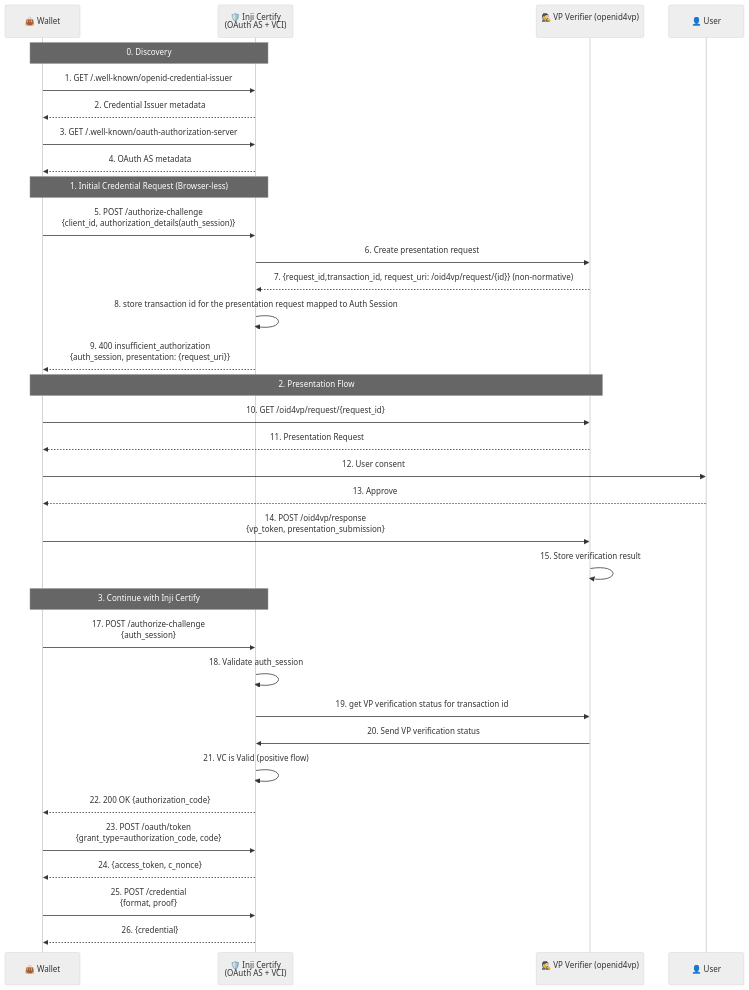
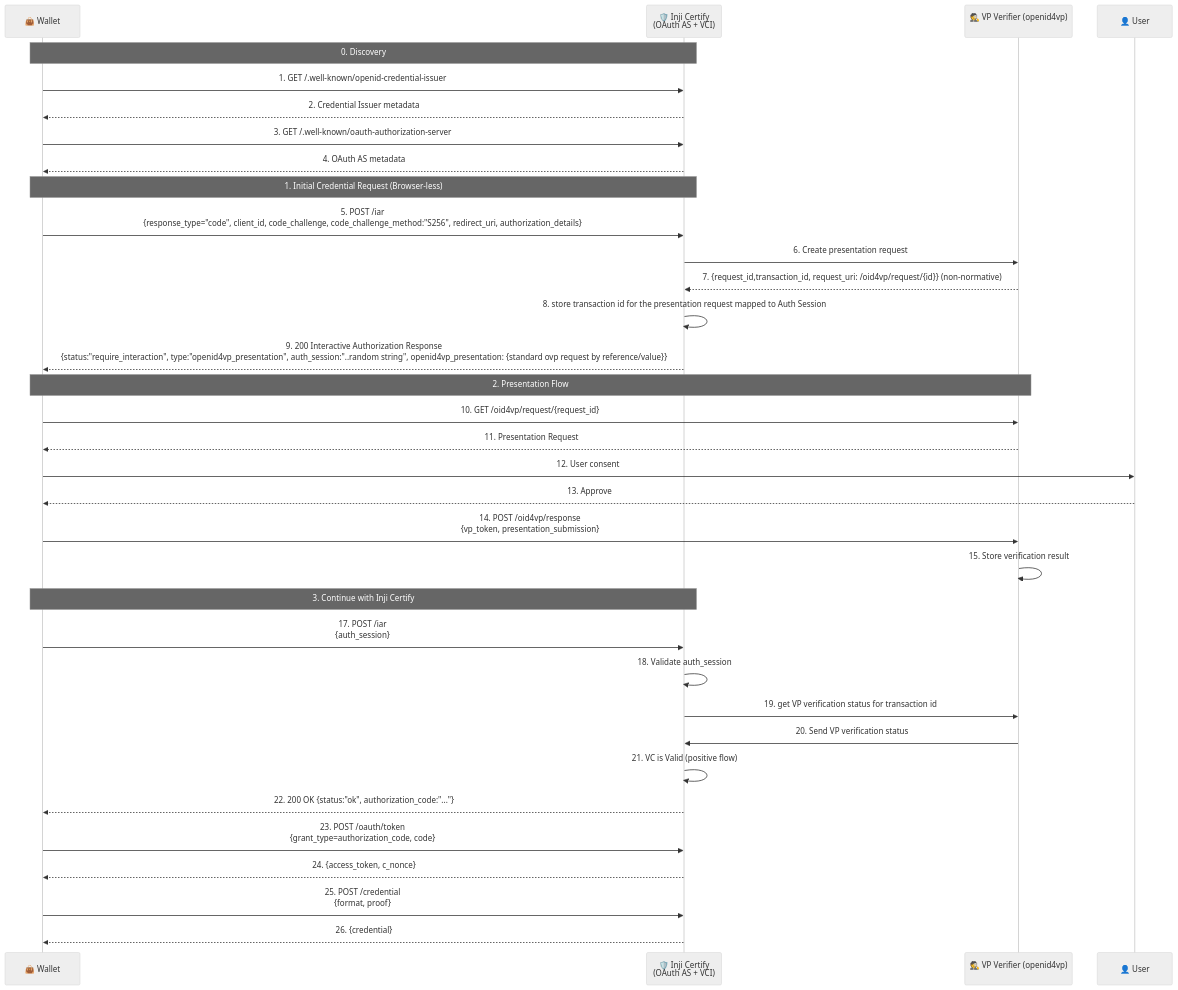
Before and after one commit to mosip/inji-certify: the diagram in docs/Presentation-During-Issuance.md, drawn with Mermaid (neutral theme). The commit also changed other lines of this file, not shown here.

Commit message:
[INJICERT-1034] - Update presentation during issuance workflow by adding interactive authorization request endpoint

````diff
--- a/docs/Presentation-During-Issuance.md
+++ b/docs/Presentation-During-Issuance.md
@@ -27,43 +27,43 @@
 ```mermaid
 sequenceDiagram
     participant W as 👜 Wallet
     participant IC as 🛡️ Inji Certify<br/>(OAuth AS + VCI)
     participant IVP as 🕵️ VP Verifier (openid4vp)<br/>
     participant U as 👤 User
 
     Note over W,IC: 0. Discovery
     W->>IC: 1. GET /.well-known/openid-credential-issuer
     IC-->>W: 2. Credential Issuer metadata
     W->>IC: 3. GET /.well-known/oauth-authorization-server
     IC-->>W: 4. OAuth AS metadata 
     
     Note over W,IC: 1. Initial Credential Request (Browser-less)
-    W->>IC: 5. POST /authorize-challenge<br/>{client_id, authorization_details(auth_session)}
+    W->>IC: 5. POST /iar<br/>{response_type="code", client_id, code_challenge, code_challenge_method:"S256", redirect_uri, authorization_details}
     IC->>IVP: 6. Create presentation request
     IVP-->>IC: 7. {request_id,transaction_id, request_uri: /oid4vp/request/{id}} (non-normative)
     IC->>IC: 8. store transaction id for the presentation request mapped to Auth Session
-    IC-->>W: 9. 400 insufficient_authorization<br/>{auth_session, presentation: {request_uri}}
+    IC-->>W: 9. 200 Interactive Authorization Response<br/>{status:"require_interaction", type:"openid4vp_presentation", auth_session:"..random string", openid4vp_presentation: {standard ovp request by reference/value}}
     
     Note over W,IVP: 2. Presentation Flow
     W->>IVP: 10. GET /oid4vp/request/{request_id}
     IVP-->>W: 11. Presentation Request
     W->>U: 12. User consent
     U-->>W: 13. Approve
     W->>IVP: 14. POST /oid4vp/response<br/>{vp_token, presentation_submission}
     IVP->>IVP: 15. Store verification result
     
     
     Note over W,IC: 3. Continue with Inji Certify
-    W->>IC: 17. POST /authorize-challenge<br/>{auth_session}
+    W->>IC: 17. POST /iar<br/>{auth_session}
     IC->>IC: 18. Validate auth_session 
     IC->>IVP: 19. get VP verification status for transaction id
     IVP->>IC: 20. Send VP verification status
     IC->>IC: 21. VC is Valid (positive flow)
-    IC-->>W: 22. 200 OK {authorization_code}
+    IC-->>W: 22. 200 OK {status:"ok", authorization_code:"..."}
     
     W->>IC: 23. POST /oauth/token<br/>{grant_type=authorization_code, code}
     IC-->>W: 24. {access_token, c_nonce}
     
     W->>IC: 25. POST /credential<br/>{format, proof}
     IC-->>W: 26. {credential}
 ```
````
